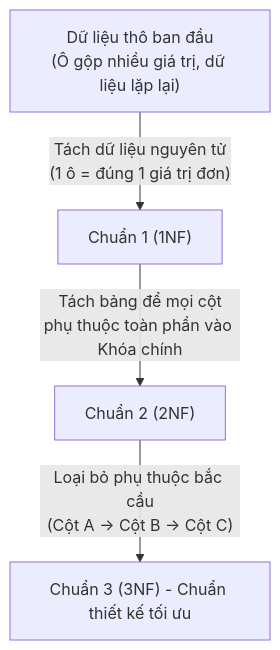
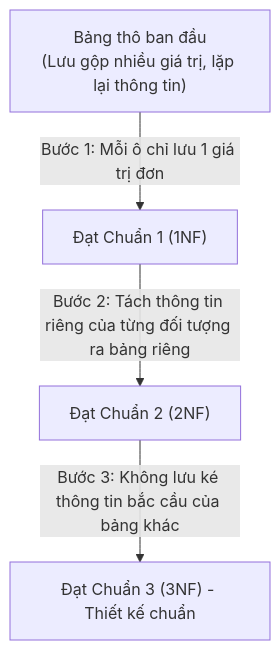
Before and after one commit to ThanhPhongvipvip/Tutorial: the fourth of 10 diagrams in database/Database.md, drawn with Mermaid. The commit also changed other lines of this file and 2 other files, not shown here.

````diff
--- a/database/Database.md
+++ b/database/Database.md
@@ -190,6 +206,6 @@
 ```mermaid
 flowchart TD
-    Raw["Dữ liệu thô ban đầu\n(Ô gộp nhiều giá trị, dữ liệu lặp lại)"] -->|"Tách dữ liệu nguyên tử\n(1 ô = đúng 1 giá trị đơn)"| NF1["Chuẩn 1 (1NF)"]
-    NF1 -->|"Tách bảng để mọi cột\nphụ thuộc toàn phần vào Khóa chính"| NF2["Chuẩn 2 (2NF)"]
-    NF2 -->|"Loại bỏ phụ thuộc bắc cầu\n(Cột A -> Cột B -> Cột C)"| NF3["Chuẩn 3 (3NF) - Chuẩn thiết kế tối ưu"]
+    Raw["Bảng thô ban đầu\n(Lưu gộp nhiều giá trị, lặp lại thông tin)"] -->|"Bước 1: Mỗi ô chỉ lưu 1 giá trị đơn"| NF1["Đạt Chuẩn 1 (1NF)"]
+    NF1 -->|"Bước 2: Tách thông tin riêng của từng đối tượng ra bảng riêng"| NF2["Đạt Chuẩn 2 (2NF)"]
+    NF2 -->|"Bước 3: Không lưu ké thông tin bắc cầu của bảng khác"| NF3["Đạt Chuẩn 3 (3NF) - Thiết kế chuẩn"]
 ```
````
